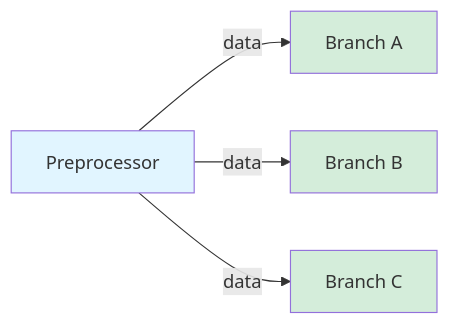
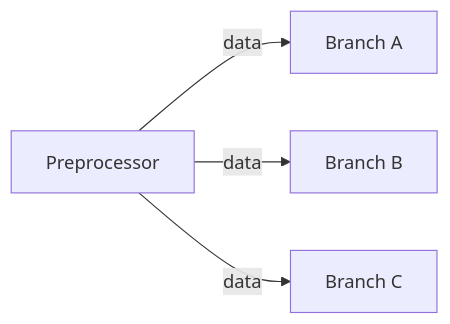
Before and after one commit to cubert-hyperspectral/cuvis-ai: the fourth of 6 diagrams in docs/concepts/port.md, drawn with Mermaid. The commit also changed other lines of this file and 18 other files, not shown here.

First line of the commit message:
docs(theme): use classDef for Mermaid styling and tighten cross-page copy

````diff
--- a/docs/concepts/port.md
+++ b/docs/concepts/port.md
@@ -279,10 +275,6 @@
 ```mermaid
 graph LR
     A[Preprocessor] -->|data| B[Branch A]
     A -->|data| C[Branch B]
     A -->|data| D[Branch C]
-    style A fill:#e1f5ff
-    style B fill:#d4edda
-    style C fill:#d4edda
-    style D fill:#d4edda
 ```
````
